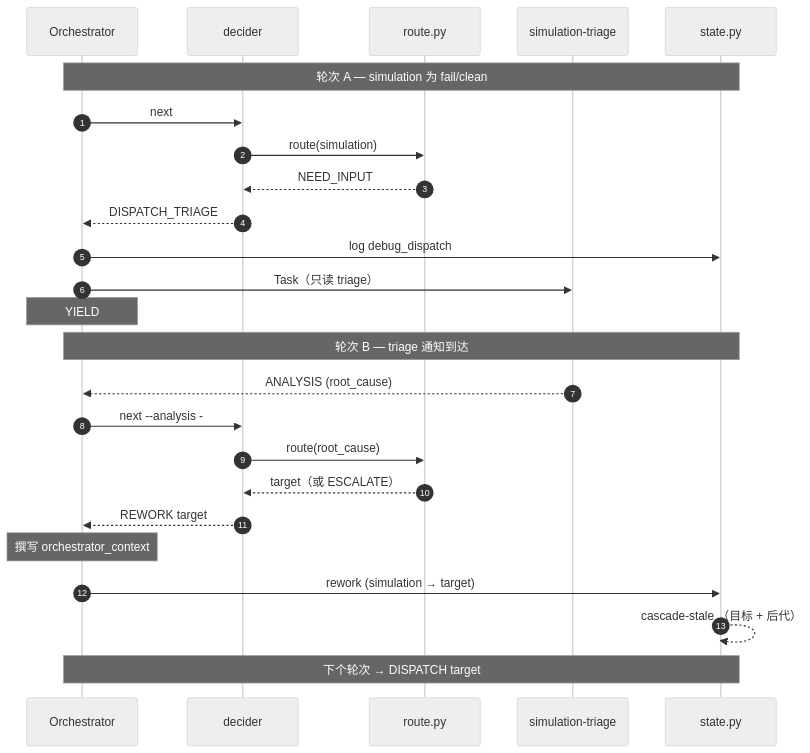
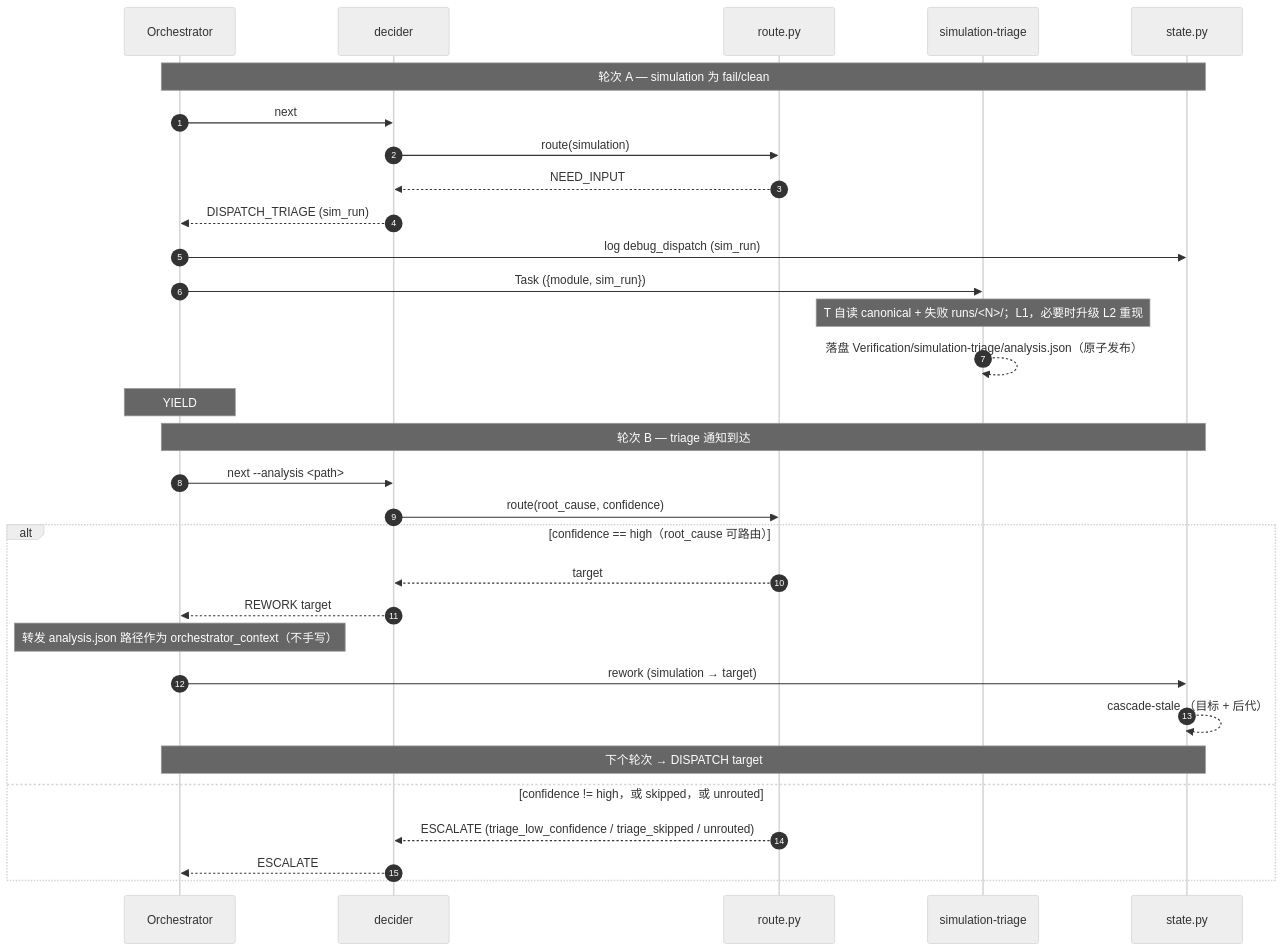
The third of 3 diagrams in ARCHITECTURE.zh.md (chipweaver/veripower), drawn with Mermaid (neutral theme) before and after one commit. The commit also changed other lines of this file and 1 other file, not shown here.

First line of the commit message:
docs(architecture): triage becomes an authoritative graduated (L1->L2) root-cause analyzer

````diff
--- a/ARCHITECTURE.zh.md
+++ b/ARCHITECTURE.zh.md
@@ -409,27 +409,33 @@
 ```mermaid
 sequenceDiagram
     autonumber
     participant O as Orchestrator
     participant R as decider
     participant RT as route.py
     participant T as simulation-triage
     participant S as state.py
     Note over O,S: 轮次 A — simulation 为 fail/clean
     O->>R: next
     R->>RT: route(simulation)
     RT-->>R: NEED_INPUT
-    R-->>O: DISPATCH_TRIAGE
-    O->>S: log debug_dispatch
-    O->>T: Task（只读 triage）
+    R-->>O: DISPATCH_TRIAGE (sim_run)
+    O->>S: log debug_dispatch (sim_run)
+    O->>T: Task ({module, sim_run})
+    Note over T: T 自读 canonical + 失败 runs/<N>/；L1，必要时升级 L2 重现
+    T-->>T: 落盘 Verification/simulation-triage/analysis.json（原子发布）
     Note over O: YIELD
     Note over O,S: 轮次 B — triage 通知到达
-    T-->>O: ANALYSIS (root_cause)
-    O->>R: next --analysis -
-    R->>RT: route(root_cause)
-    RT-->>R: target（或 ESCALATE）
-    R-->>O: REWORK target
-    Note over O: 撰写 orchestrator_context
-    O->>S: rework (simulation → target)
-    S-->>S: cascade-stale （目标 + 后代）
-    Note over O,S: 下个轮次 → DISPATCH target
+    O->>R: next --analysis <path>
+    R->>RT: route(root_cause, confidence)
+    alt confidence == high（root_cause 可路由）
+        RT-->>R: target
+        R-->>O: REWORK target
+        Note over O: 转发 analysis.json 路径作为 orchestrator_context（不手写）
+        O->>S: rework (simulation → target)
+        S-->>S: cascade-stale （目标 + 后代）
+        Note over O,S: 下个轮次 → DISPATCH target
+    else confidence != high，或 skipped，或 unrouted
+        RT-->>R: ESCALATE (triage_low_confidence / triage_skipped / unrouted)
+        R-->>O: ESCALATE
+    end
 ```
````
